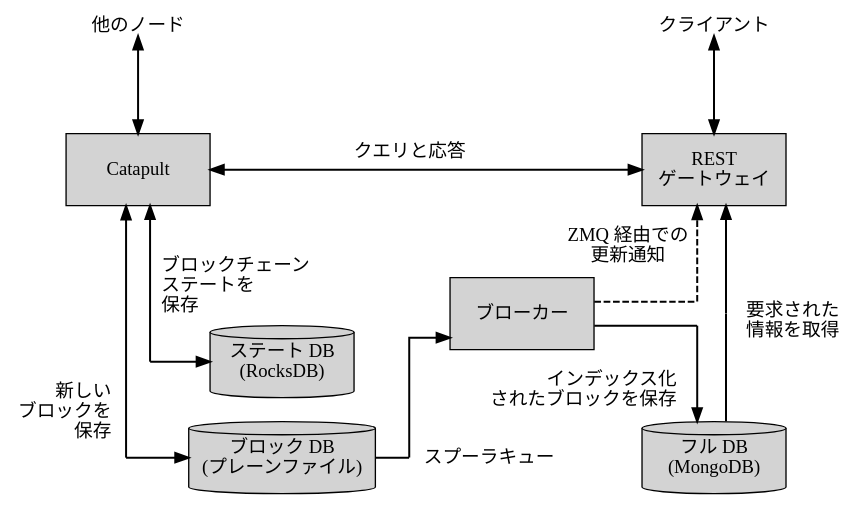
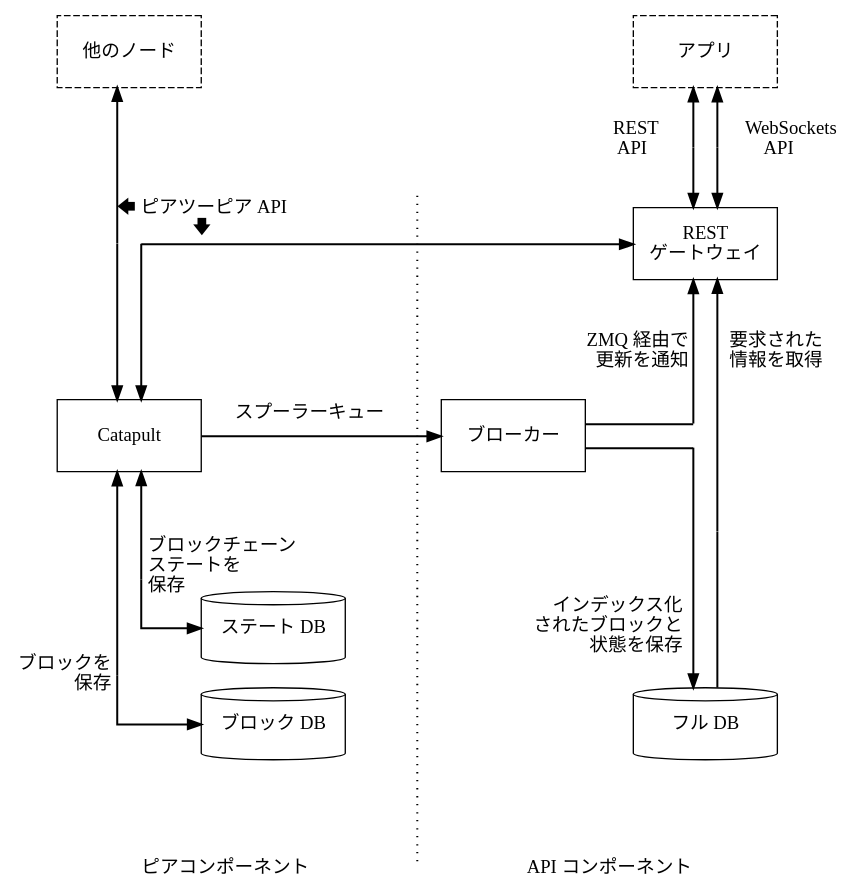
One commit to symbol/symbol changed the first of 2 diagrams in mkdocs/pages/ja/textbook/nodes.md. Above: the diagram before and after it, drawn with Graphviz. The commit also changed other lines of this file and 15 other files, not shown here.

````diff
--- a/mkdocs/pages/ja/textbook/nodes.md
+++ b/mkdocs/pages/ja/textbook/nodes.md
@@ -22,47 +21,60 @@
 ```dot
 digraph SymbolNode {
     layout=neato;
     splines=ortho;
-    node [shape=box style=filled width=1.5 height=0.75];
+    node [shape=box width=1.5 height=0.75];
     edge [penwidth=1.5]
 
     // External labels
-    OtherNodes [label="他のノード" shape=plain fillcolor=transparent pos="0,4.5!"];
-    Clients    [label="クライアント" shape=plain fillcolor=transparent pos="6,4.5!"];
+    OtherNodes [label="他のノード" style=dashed fillcolor=transparent pos="0,6.5!"];
+    Clients    [label="アプリ" style=dashed fillcolor=transparent pos="6,6.5!"];
 
     // Core components
-    Catapult   [label="Catapult" pos="0,3!" URL="#catapult"];
-    REST       [label="REST\nゲートウェイ" pos="6,3!" URL="#rest-gateway"];
-    RocksDB    [label="ステート DB\n(RocksDB)" pos="1.5,1!" shape=cylinder URL="#state-database"];
-    Disk       [label="ブロック DB\n(プレーンファイル)" pos="1.5,0!" shape=cylinder URL="#blocks-database"];
-    MongoDB    [label="フル DB\n(MongoDB)" pos="6,0!" shape=cylinder URL="#blocks-database"];
-    Broker     [label="ブローカー" pos="4,1.5!" URL="#broker"];
+    Catapult   [label="Catapult" pos="0,2.5!" URL="#catapult"];
+    REST       [label="REST\nゲートウェイ" pos="6,4.5!" URL="#rest-gateway"];
+    RocksDB    [label="ステート DB" pos="1.5,0.5!" shape=cylinder URL="#state-database"];
+    Disk       [label="ブロック DB" pos="1.5,-0.5!" shape=cylinder URL="#blocks-database"];
+    MongoDB    [label="フル DB" pos="6,-0.5!" shape=cylinder URL="#full-database"];
+    Broker     [label="ブローカー" pos="4,2.5!" URL="#broker"];
 
     // Waypoints
+    OtherNodesWP [shape=point width=0 pos="-0.125,4.5!"]
+    OtherNodesWP2 [shape=point width=0 pos="0.125,4.5!"]
     RocksDBWP  [shape=point width=0 pos="0.125,1!"];
     DiskWP     [shape=point width=0 pos="-0.125,0!"];
-    MongoDBWP  [shape=point width=0 pos="5.825,1.375!"];
-    RESTWP     [shape=point width=0 pos="5.825,1.625!"];
+    MongoDBWP  [shape=point width=0 pos="5.875,2.375!"];
+    RESTWP     [shape=point width=0 pos="5.875,2.625!"];
     RESTWP2    [shape=point width=0 pos="6.125,1.5!"];
-    BrokerWP   [shape=point width=0 pos="2.825,0!"];
+    ClientsWP1 [shape=point width=0 pos="5.875,5.5!"]
+    ClientsWP2 [shape=point width=0 pos="6.125,5.5!"]
 
     // External
-    OtherNodes -> Catapult [dir=both];
-    Clients -> REST [dir=both];
+    OtherNodesWP -> Catapult [headlabel="🡄 ピアツーピア API\n🡇" labelangle=-25 labeldistance=15];
+    OtherNodesWP -> OtherNodes;
+    ClientsWP1 -> Clients [headlabel="REST\rAPI" labelangle=-50 labeldistance=6];
+    ClientsWP1 -> REST;
+    ClientsWP2 -> Clients [headlabel="WebSockets\rAPI" labelangle=50 labeldistance=6];
+    ClientsWP2 -> REST;
 
     // Internal
-    Catapult -> REST [headlabel="クエリと応答" dir=both labelangle=5 labeldistance=15];
+    OtherNodesWP2 -> REST;
+    OtherNodesWP2 -> Catapult;
     Catapult -> RocksDBWP:s [dir=back];
-    RocksDBWP -> RocksDB [headlabel="ブロックチェーン\lステートを\l保存\l" labelangle=-110 labeldistance=6];
+    Catapult -> Broker [headlabel="スプーラーキュー" labelangle=-10 labeldistance=10];
+    RocksDBWP -> RocksDB [headlabel="ブロックチェーン\lステートを\l保存\l" labelangle=-110 labeldistance=5];
     Catapult -> DiskWP:s [dir=back];
-    DiskWP:w -> Disk [headlabel="新しい\rブロックを\r保存\r" labelangle=-20 labeldistance=10];
-    Disk -> BrokerWP [dir=none headlabel="スプーラキュー" labelangle=180 labeldistance=6];
+    DiskWP:w -> Disk [headlabel="ブロックを\r保存\r" labelangle=-20 labeldistance=11];
     Broker -> MongoDBWP [dir=none];
-    MongoDBWP:n -> MongoDB [headlabel="インデックス化\rされたブロックを保存\r" labelangle=75 labeldistance=9];
-    BrokerWP -> Broker;
-    Broker -> RESTWP [dir=none style=dashed];
-    RESTWP -> REST [headlabel="ZMQ 経由での\n更新通知" style=dashed labelangle=-60 labeldistance=6 URL="#zero-mq"];
+    MongoDBWP:n -> MongoDB [headlabel="インデックス化\rされたブロックと\r状態を保存\r" labelangle=55 labeldistance=8];
+    Broker -> RESTWP [dir=none];
+    RESTWP -> REST [headlabel="ZMQ 経由で\r更新を通知\r" labelangle=-40 labeldistance=7 URL="#zero-mq"];
     MongoDB -> RESTWP2 [dir=none];
-    RESTWP2 -> REST [headlabel="要求された\n情報を取得" labelangle=30 labeldistance=10];
+    RESTWP2 -> REST [headlabel="要求された\l情報を取得\l" labelangle=40 labeldistance=7];
+
+    MidWP1     [shape=point width=0 pos="3,5!"];
+    MidWP2     [shape=point width=0 pos="3,-2!"];
+    MidWP1 -> MidWP2 [dir=none style=dotted];
+    PeerLabel  [label="ピアコンポーネント" shape=plain pos="1,-2!"]
+    RESTLabel  [label="API コンポーネント" shape=plain pos="5,-2!"]
 }
 ```
````
